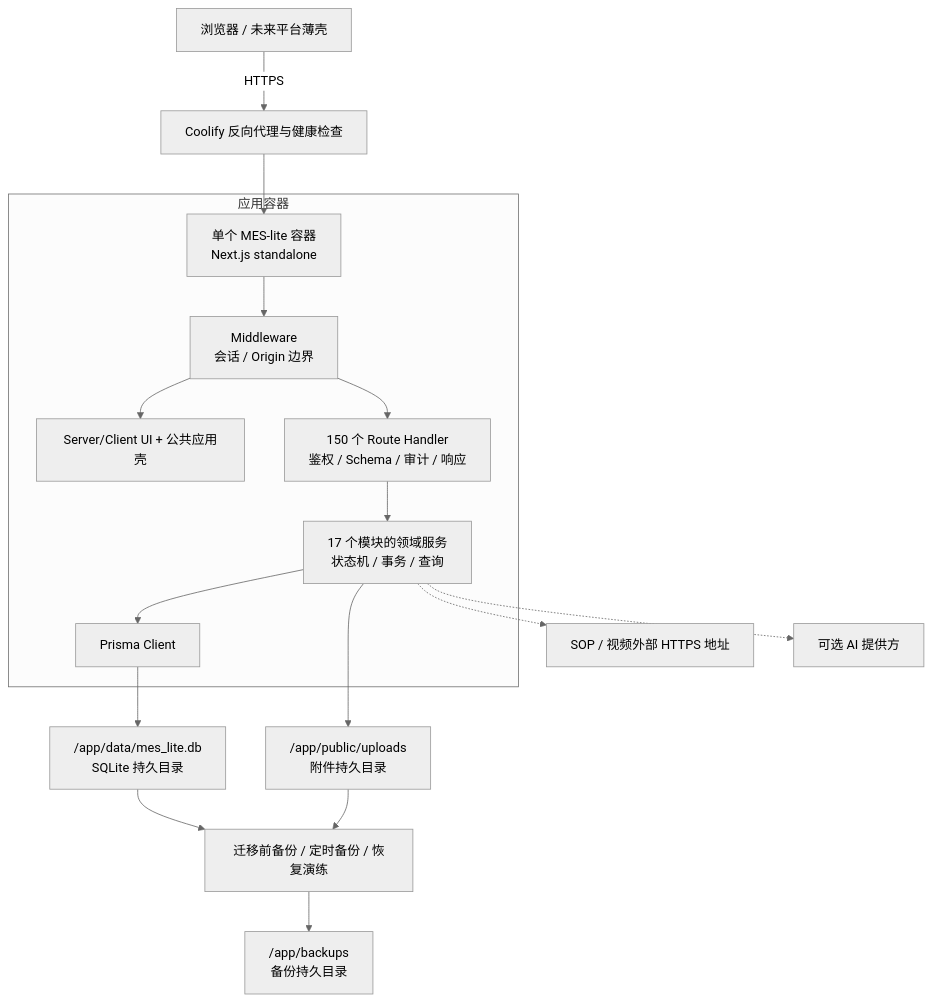
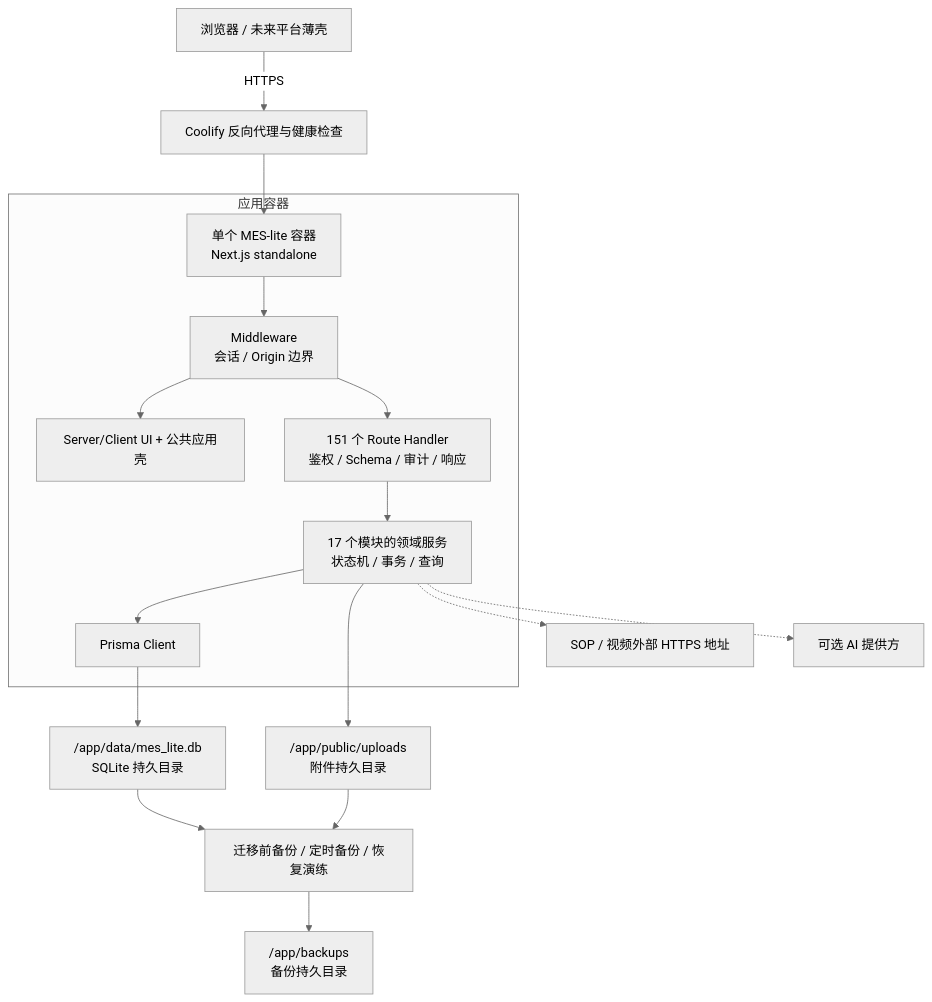
The second of 12 diagrams in docs/architecture/系统结构图.md (goldf2/mes-lite), drawn with Mermaid (neutral theme) before and after one commit. The commit also changed other lines of this file and 34 other files, not shown here.

````diff
--- a/docs/architecture/系统结构图.md
+++ b/docs/architecture/系统结构图.md
@@ -47,21 +47,21 @@
 ```mermaid
 flowchart TB
   Browser["浏览器 / 未来平台薄壳"] -->|"HTTPS"| Proxy["Coolify 反向代理与健康检查"]
   Proxy --> App["单个 MES-lite 容器<br/>Next.js standalone"]
 
   subgraph Container["应用容器"]
     App --> Middleware["Middleware<br/>会话 / Origin 边界"]
     Middleware --> UI["Server/Client UI + 公共应用壳"]
-    Middleware --> Route["150 个 Route Handler<br/>鉴权 / Schema / 审计 / 响应"]
+    Middleware --> Route["151 个 Route Handler<br/>鉴权 / Schema / 审计 / 响应"]
     Route --> Services["17 个模块的领域服务<br/>状态机 / 事务 / 查询"]
     Services --> Prisma["Prisma Client"]
   end
 
   Prisma --> Db["/app/data/mes_lite.db<br/>SQLite 持久目录"]
   Services --> Uploads["/app/public/uploads<br/>附件持久目录"]
   Backup["迁移前备份 / 定时备份 / 恢复演练"] --> Backups["/app/backups<br/>备份持久目录"]
   Db --> Backup
   Uploads --> Backup
   Services -.-> Oss["SOP / 视频外部 HTTPS 地址"]
   Services -.-> Ai["可选 AI 提供方"]
 ```
````
